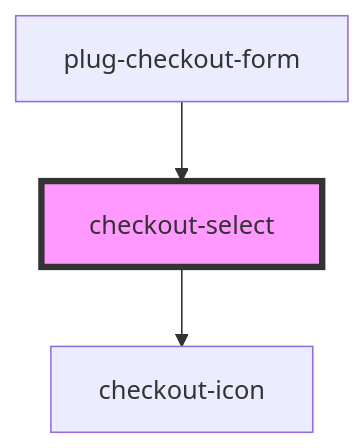
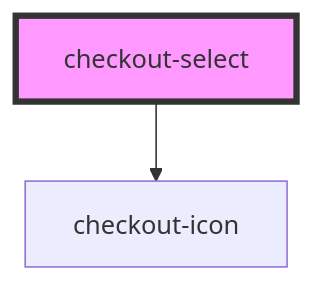
The diagram in packages/common/src/components/checkout-select/readme.md (plughacker/malga-checkout), drawn with Mermaid before and after one commit. The commit also changed other lines of this file and 7 other files, not shown here.

Commit message:
feat(plug-checkout): improve project architecture

````diff
--- a/packages/common/src/components/checkout-select/readme.md
+++ b/packages/common/src/components/checkout-select/readme.md
@@ -51,6 +47,5 @@
 ```mermaid
 graph TD;
   checkout-select --> checkout-icon
-  plug-checkout-form --> checkout-select
   style checkout-select fill:#f9f,stroke:#333,stroke-width:4px
 ```
````
